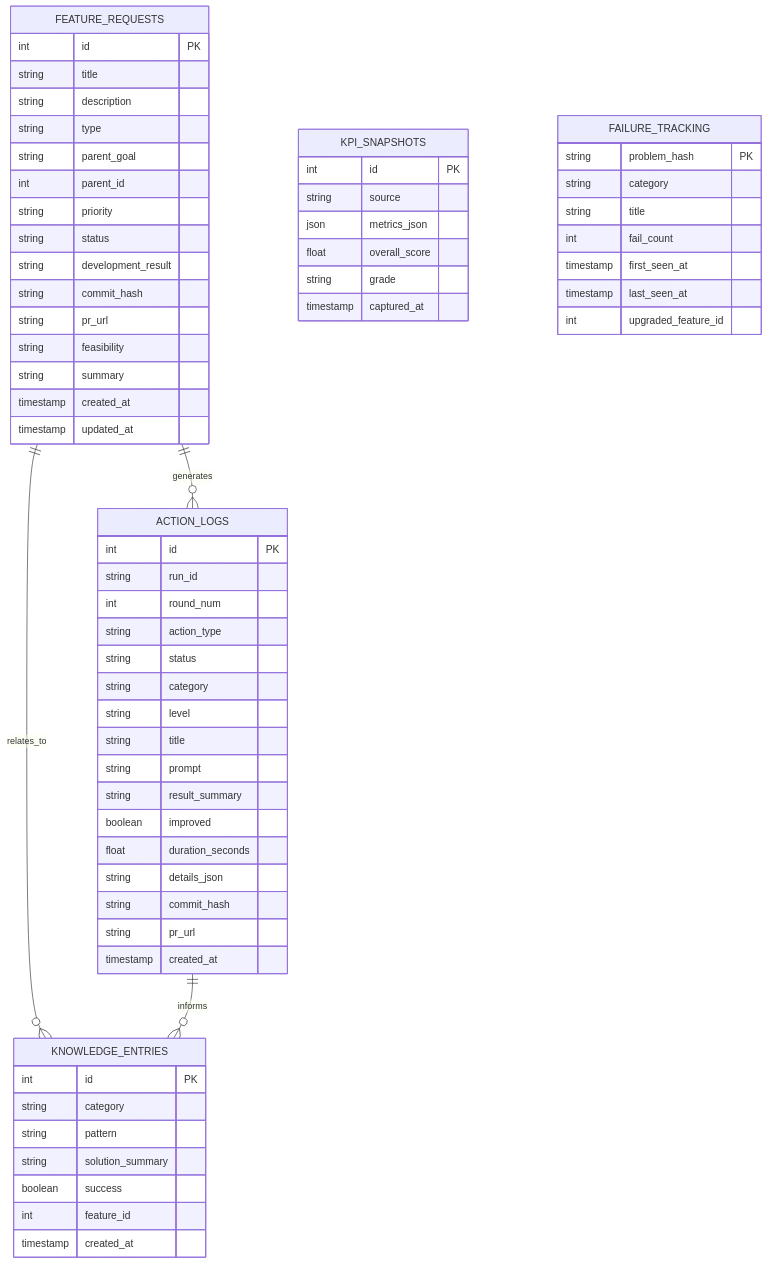
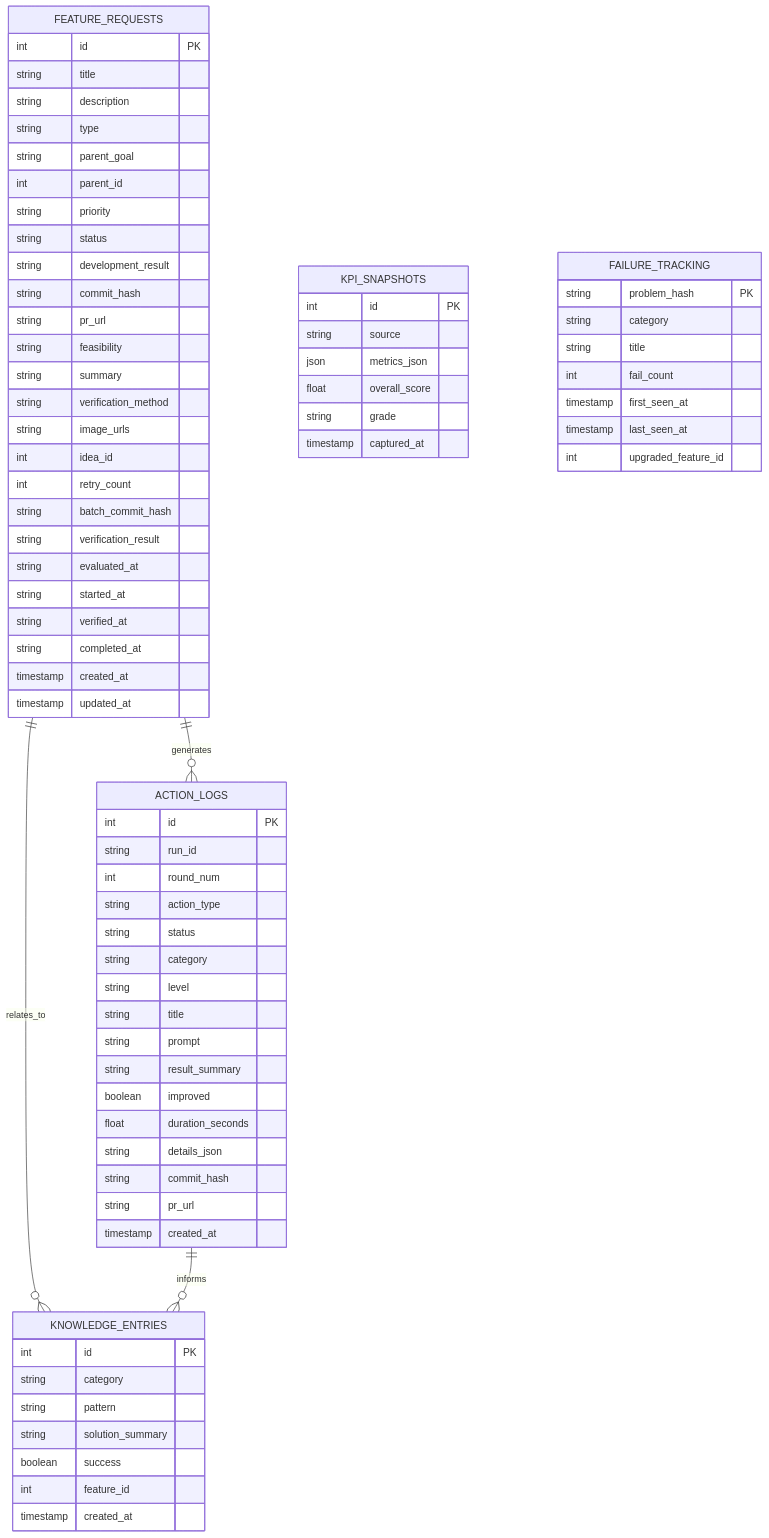
One commit to pinsonchen/vivify changed the fifth of 15 diagrams in .qoder/repowiki/zh/content/技术实现参考/评估文档套件.md. Above: the diagram before and after it, drawn with Mermaid. The commit also changed other lines of this file and 16 other files, not shown here.

````diff
--- a/.qoder/repowiki/zh/content/技术实现参考/评估文档套件.md
+++ b/.qoder/repowiki/zh/content/技术实现参考/评估文档套件.md
@@ -244,67 +282,77 @@
 ```mermaid
 erDiagram
 FEATURE_REQUESTS {
 int id PK
 string title
 string description
 string type
 string parent_goal
 int parent_id
 string priority
 string status
 string development_result
 string commit_hash
 string pr_url
 string feasibility
 string summary
+string verification_method
+string image_urls
+int idea_id
+int retry_count
+string batch_commit_hash
+string verification_result
+string evaluated_at
+string started_at
+string verified_at
+string completed_at
 timestamp created_at
 timestamp updated_at
 }
 ACTION_LOGS {
 int id PK
 string run_id
 int round_num
 string action_type
 string status
 string category
 string level
 string title
 string prompt
 string result_summary
 boolean improved
 float duration_seconds
 string details_json
 string commit_hash
 string pr_url
 timestamp created_at
 }
 KPI_SNAPSHOTS {
 int id PK
 string source
 json metrics_json
 float overall_score
 string grade
 timestamp captured_at
 }
 KNOWLEDGE_ENTRIES {
 int id PK
 string category
 string pattern
 string solution_summary
 boolean success
 int feature_id
 timestamp created_at
 }
 FAILURE_TRACKING {
 string problem_hash PK
 string category
 string title
 int fail_count
 timestamp first_seen_at
 timestamp last_seen_at
 int upgraded_feature_id
 }
 FEATURE_REQUESTS ||--o{ ACTION_LOGS : generates
 FEATURE_REQUESTS ||--o{ KNOWLEDGE_ENTRIES : relates_to
 ACTION_LOGS ||--o{ KNOWLEDGE_ENTRIES : informs
 ```
````
